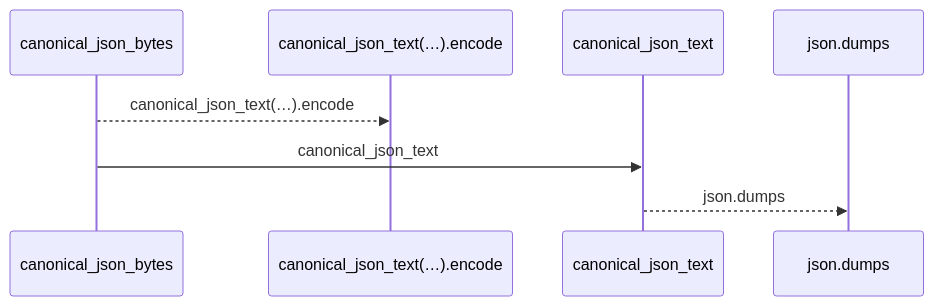
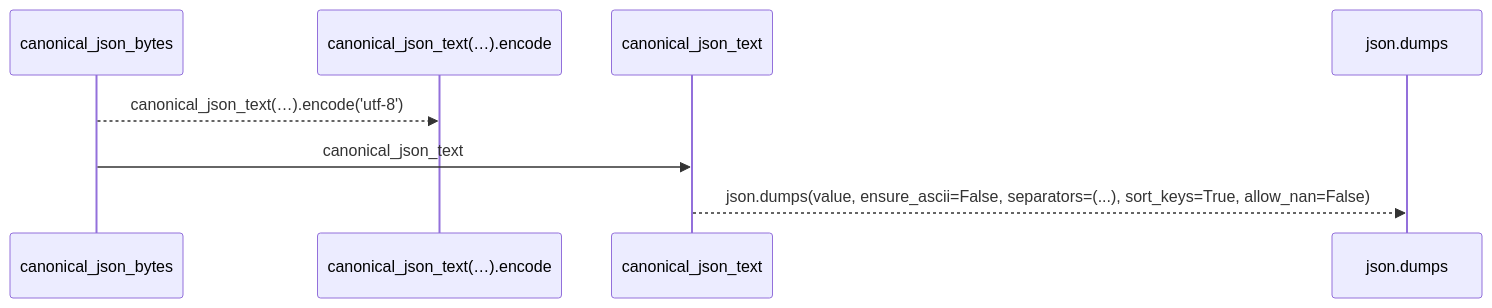
The first of 2 diagrams in docs/llm_wiki/flows/api-canonical_json_bytes-knowledge_evidence.md (Denissvgn/python-wiki-llm), drawn with Mermaid before and after one commit. The commit also changed other lines of this file and 1410 other files, not shown here.

````diff
--- a/docs/llm_wiki/flows/api-canonical_json_bytes-knowledge_evidence.md
+++ b/docs/llm_wiki/flows/api-canonical_json_bytes-knowledge_evidence.md
@@ -10,10 +12,10 @@
 ```mermaid
 sequenceDiagram
     participant p0 as canonical_json_bytes
     participant p1 as canonical_json_text(…).encode
     participant p2 as canonical_json_text
     participant p3 as json.dumps
-    p0-->>p1: canonical_json_text(…).encode
+    p0-->>p1: canonical_json_text(…).encode('utf-8')
     p0->>p2: canonical_json_text
-    p2-->>p3: json.dumps
+    p2-->>p3: json.dumps(value, ensure_ascii=False, separators=(...), sort_keys=True, allow_nan=False)
 ```
````
